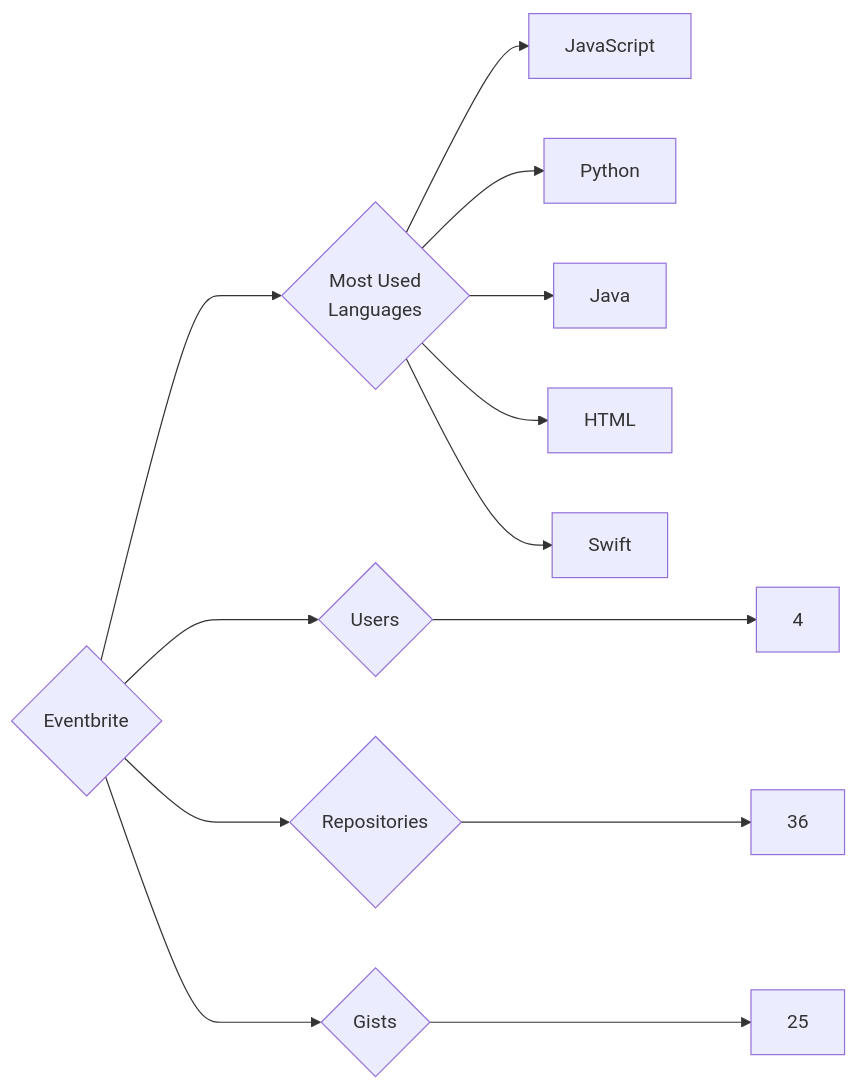
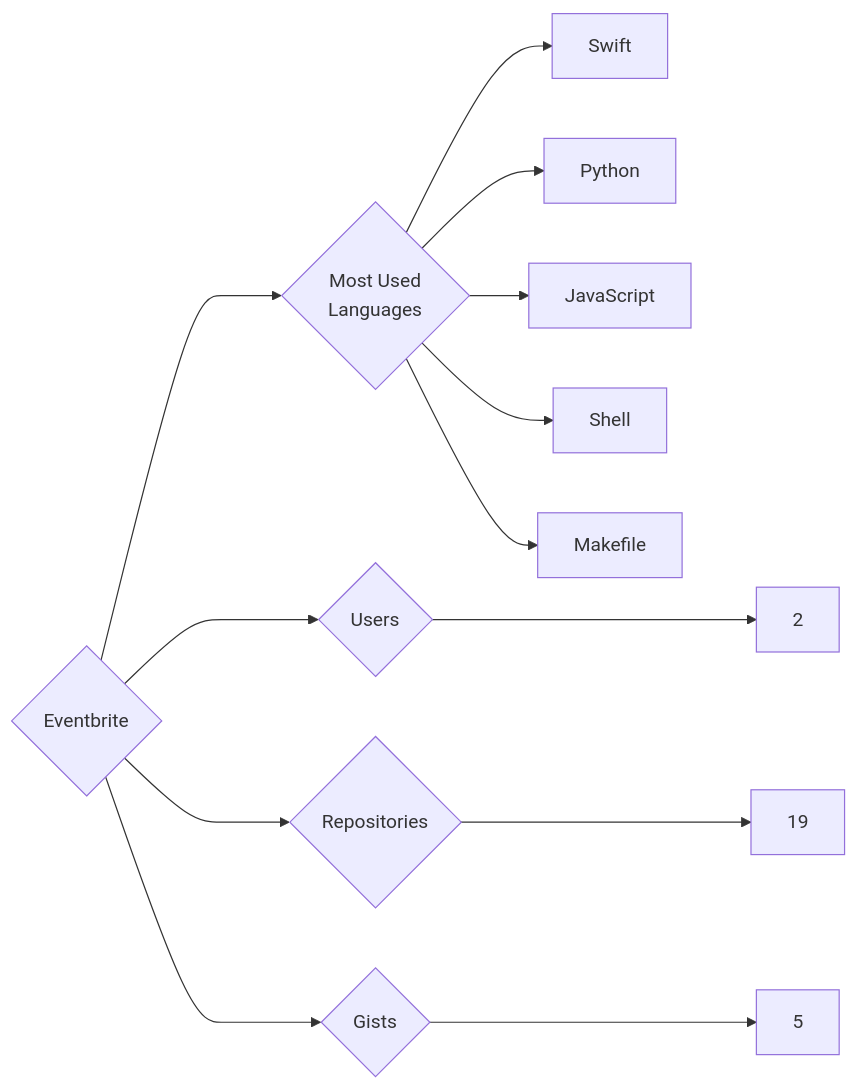
Before and after one commit to trickest/insiders: the diagram in targets/Eventbrite/README.md, drawn with Mermaid. The commit also changed 985 other files, not shown here.

````diff
--- a/targets/Eventbrite/README.md
+++ b/targets/Eventbrite/README.md
@@ -3,13 +3,13 @@
 ```mermaid
 graph LR
 COMPANY_NAME{Eventbrite}
-COMPANY_NAME ---> U{Users} ---> UN[4]
-COMPANY_NAME ---> R{Repositories} ---> RN[36]
-COMPANY_NAME ---> G{Gists} ---> GN[25]
+COMPANY_NAME ---> U{Users} ---> UN[2]
+COMPANY_NAME ---> R{Repositories} ---> RN[19]
+COMPANY_NAME ---> G{Gists} ---> GN[5]
 COMPANY_NAME ---> ML{Most Used<br>Languages}
+ML --> Swift[Swift]
+ML --> Python[Python]
 ML --> JavaScript[JavaScript]
-ML --> Python[Python]
-ML --> Java[Java]
-ML --> HTML[HTML]
-ML --> Swift[Swift]
+ML --> Shell[Shell]
+ML --> Makefile[Makefile]
 ```
````
